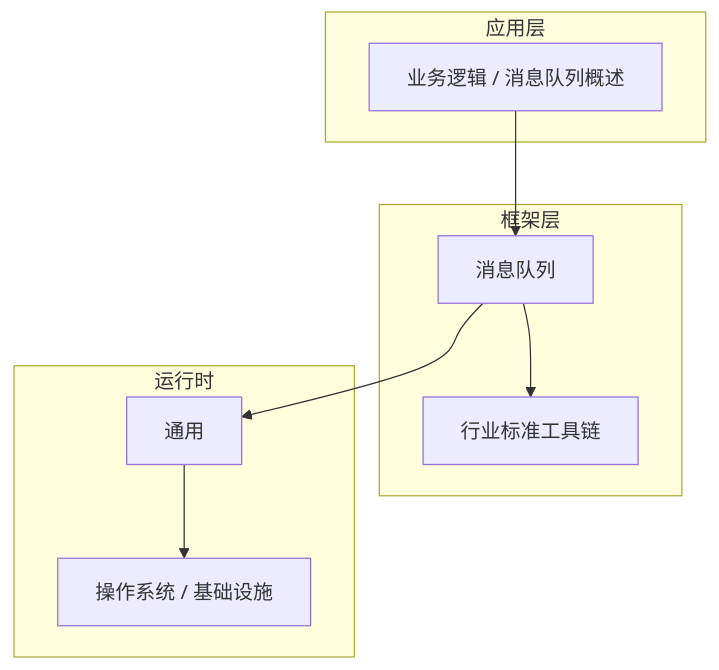
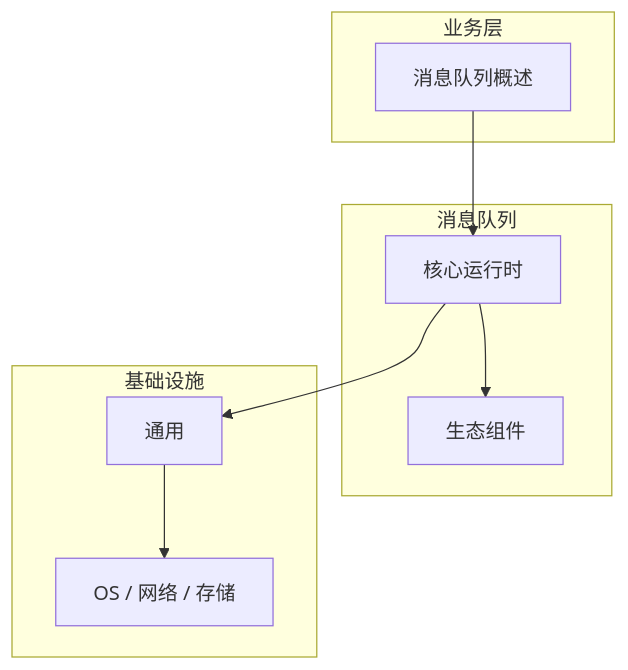
One commit to yanggan2015/knowledge-json-v2 changed the diagram in articles/消息队列/chapters/001-消息队列概述核心概念与原理.md. Above: the diagram before and after it, drawn with Mermaid. The commit also changed other lines of this file and 10127 other files, not shown here.

````diff
--- a/articles/消息队列/chapters/001-消息队列概述核心概念与原理.md
+++ b/articles/消息队列/chapters/001-消息队列概述核心概念与原理.md
@@ -45,18 +34,18 @@
 ```mermaid
 graph TB
-    subgraph 应用层
-        A[业务逻辑 / 消息队列概述]
+    subgraph 业务层
+        A[消息队列概述]
     end
-    subgraph 框架层
-        B[消息队列]
-        C[行业标准工具链]
+    subgraph 消息队列
+        B[核心运行时]
+        C[生态组件]
     end
-    subgraph 运行时
+    subgraph 基础设施
         D[通用]
-        E[操作系统 / 基础设施]
+        E[OS / 网络 / 存储]
     end
     A --> B
     B --> C
     B --> D
     D --> E
 ```
````
